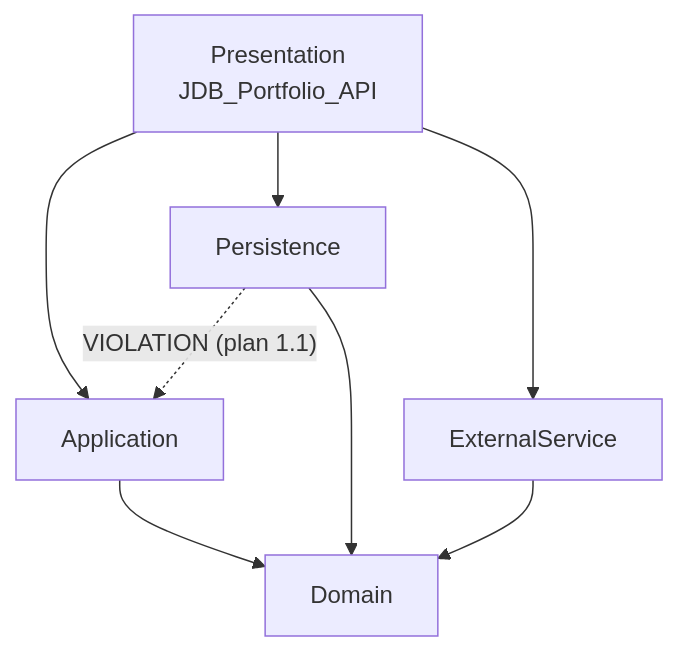
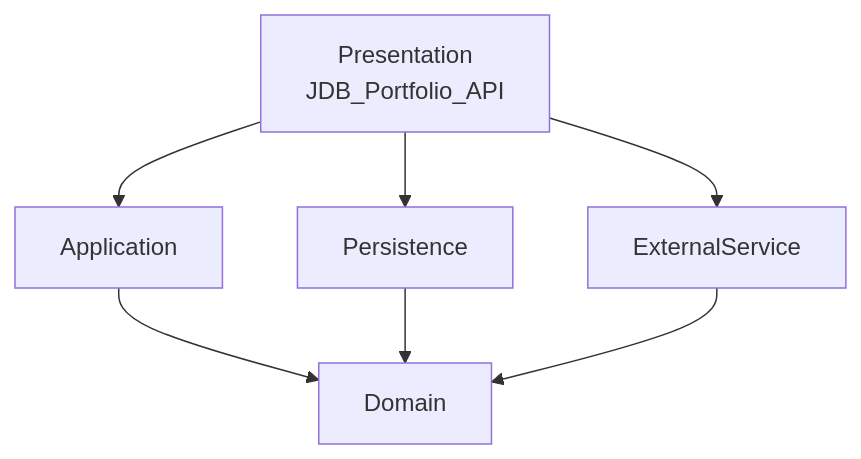
One commit to jobearry/jg-core-backend changed the second of 3 diagrams in .github/docs/architecture.md. Above: the diagram before and after it, drawn with Mermaid. The commit also changed other lines of this file and 10 other files, not shown here.

````diff
--- a/.github/docs/architecture.md
+++ b/.github/docs/architecture.md
@@ -74,16 +75,15 @@
 ```mermaid
 flowchart TD
     P["Presentation<br/>JDB_Portfolio_API"]
     A["Application"]
     D["Domain"]
     PE["Persistence"]
     E["ExternalService"]
 
     P --> A
     P --> PE
     P --> E
     A --> D
     PE --> D
     E --> D
-    PE -.->|"VIOLATION (plan 1.1)"| A
 ```
````
